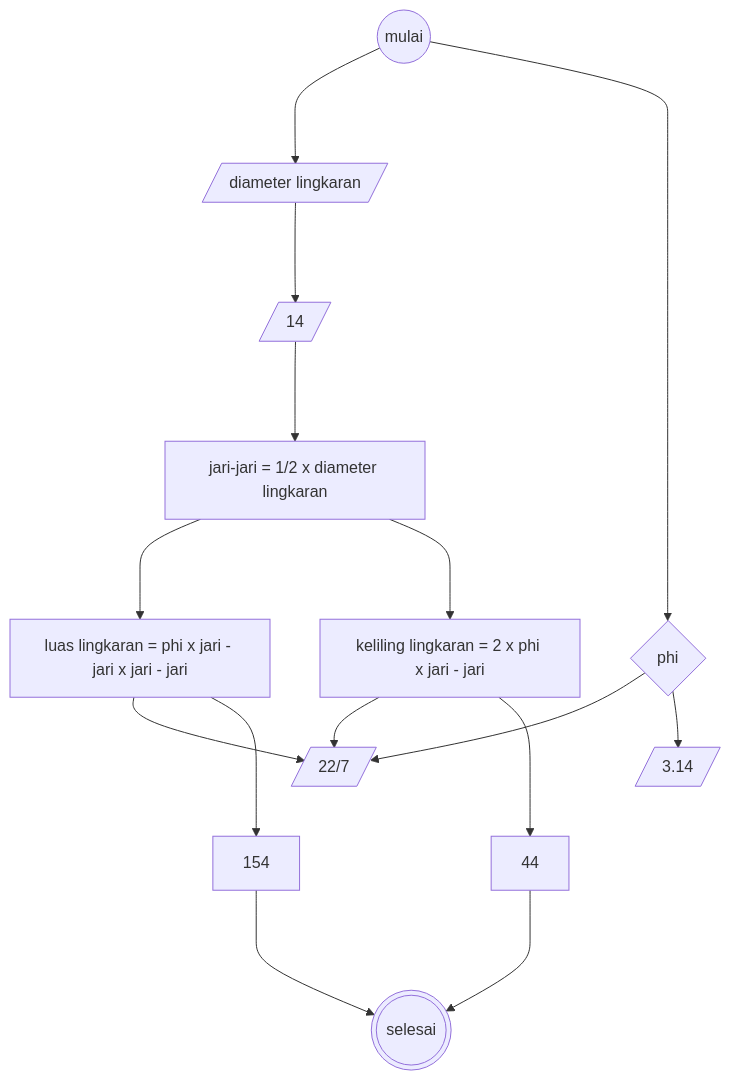
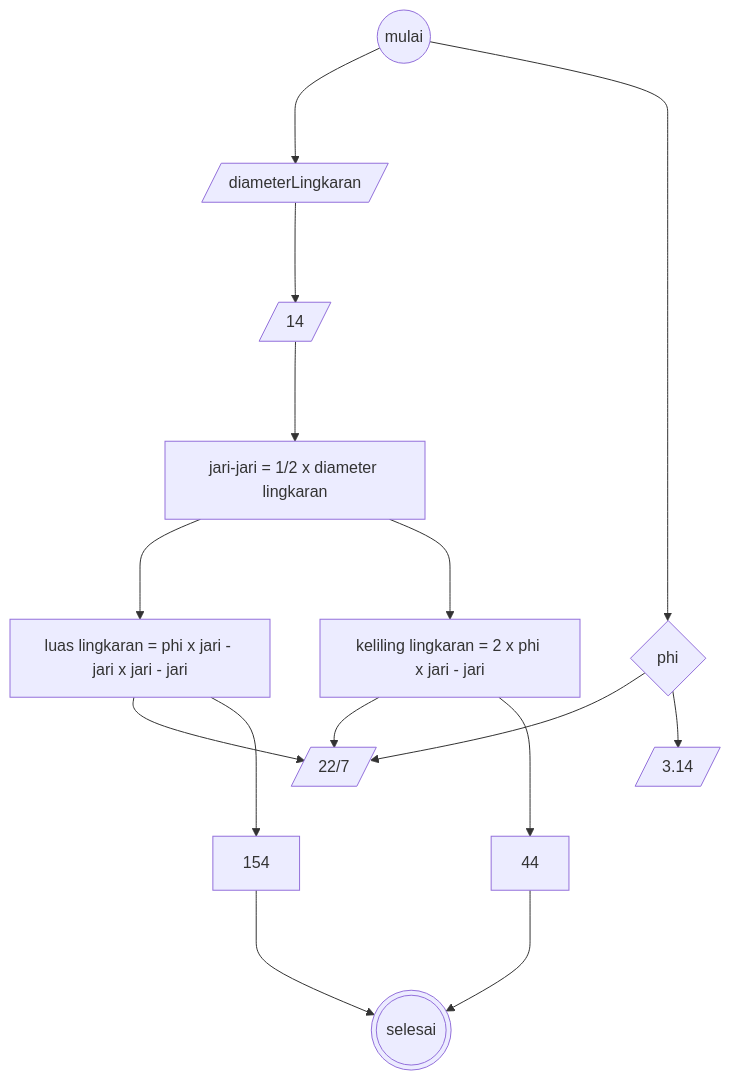
Before and after one commit to VirgilIw/koda-b4-algoritma: the diagram in minitask5.md, drawn with Mermaid.

````diff
--- a/minitask5.md
+++ b/minitask5.md
@@ -1,23 +1,23 @@
 ```mermaid
 flowchart TB
-circle((mulai)) --->data[/diameter lingkaran/]
+circle((mulai)) --->data[/diameterLingkaran/]
+data--->output[/14/]
 
 circle --> phi{phi}
 phi --> phi1[/22/7/]
 phi --> phi2[/3.14/]
 
-data--->output[/14/]
 
 output---> jari[jari-jari = 1/2 x diameter lingkaran]
 jari --->luas[luas lingkaran = phi x jari - jari x jari - jari]
 
 jari --->keliling[keliling lingkaran = 2 x phi x jari - jari]
 
 keliling --> phi1
 luas --> phi1
 luas ---> hasil1[154]
 keliling---> hasil2[44]
 
 hasil1---> selesai(((selesai)))
 hasil2---> selesai(((selesai)))
 ```
````
